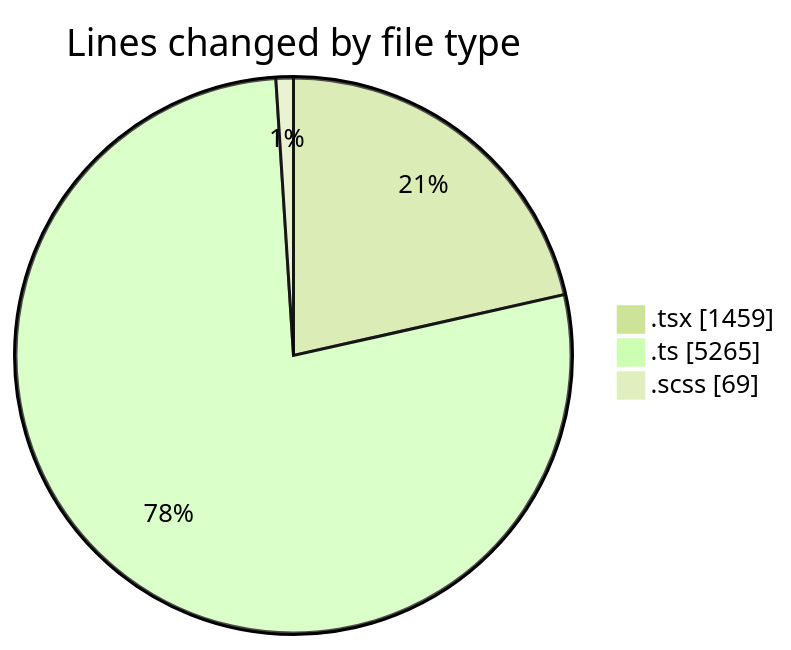
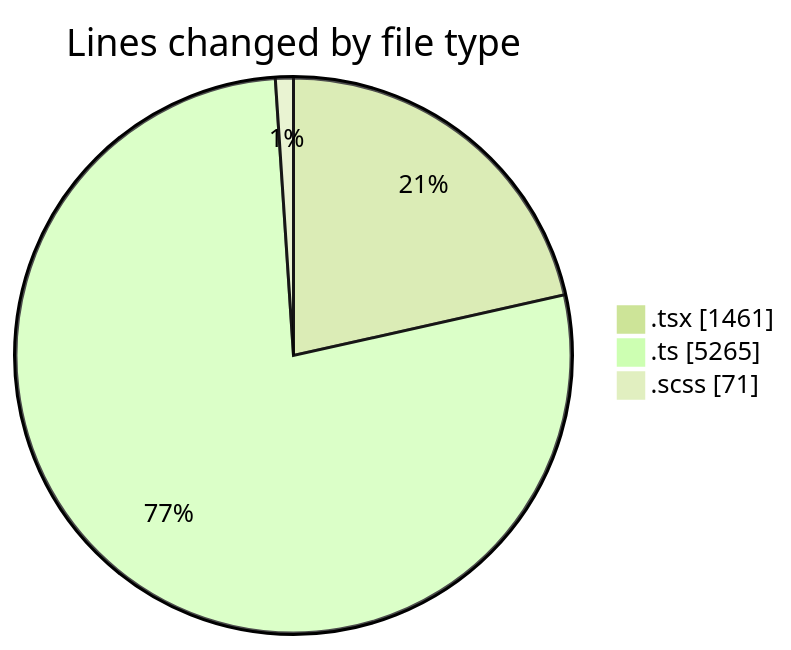
One commit to momahboobian/code-tracking changed the first of 2 diagrams in 2026-10-14/cda/README.md. Above: the diagram before and after it, drawn with Mermaid (forest theme). The commit also changed other lines of this file and 1 other file, not shown here.

````diff
--- a/2026-10-14/cda/README.md
+++ b/2026-10-14/cda/README.md
@@ -32,7 +32,7 @@
 ```mermaid
 pie showData
 title Lines changed by file type
-".tsx" : 1459
+".tsx" : 1461
 ".ts" : 5265
-".scss" : 69
+".scss" : 71
 ```
````
